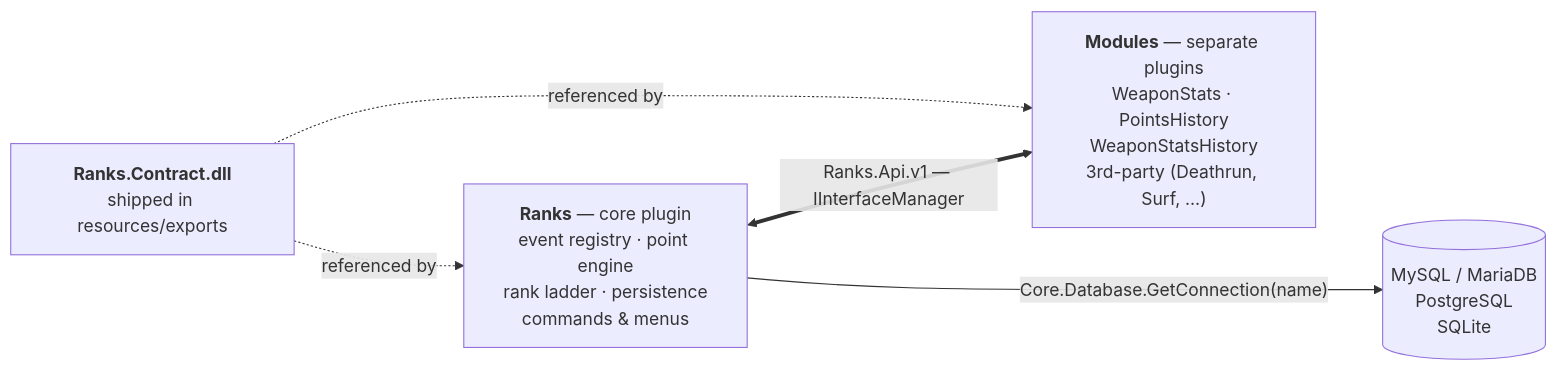
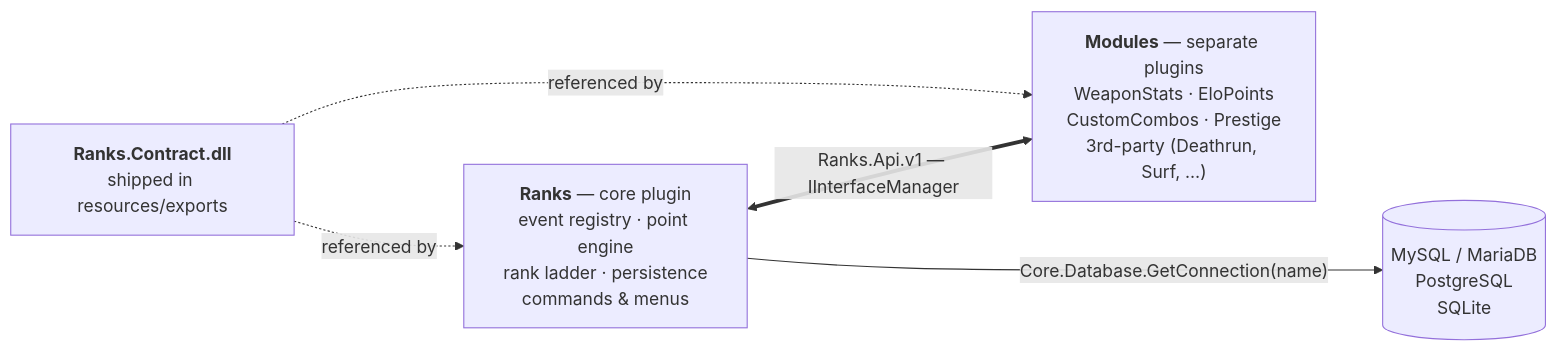
Before and after one commit to JonneKahvila/Ranks: the diagram in docs/functional-requirements.md, drawn with Mermaid. The commit also changed other lines of this file and 64 other files, not shown here.

````diff
--- a/docs/functional-requirements.md
+++ b/docs/functional-requirements.md
@@ -98,12 +100,12 @@
 ```mermaid
 flowchart LR
     contract["<b>Ranks.Contract.dll</b><br/>shipped in resources/exports"]
     core["<b>Ranks</b> — core plugin<br/>event registry · point engine<br/>rank ladder · persistence<br/>commands &amp; menus"]
-    mods["<b>Modules</b> — separate plugins<br/>WeaponStats · PointsHistory<br/>WeaponStatsHistory<br/>3rd-party (Deathrun, Surf, …)"]
+    mods["<b>Modules</b> — separate plugins<br/>WeaponStats · EloPoints<br/>CustomCombos · Prestige<br/>3rd-party (Deathrun, Surf, …)"]
     db[("MySQL / MariaDB<br/>PostgreSQL<br/>SQLite")]
 
     contract -. referenced by .-> core
     contract -. referenced by .-> mods
     core <==>|"Ranks.Api.v1 — IInterfaceManager"| mods
     core --->|"Core.Database.GetConnection(name)"| db
 ```
````
